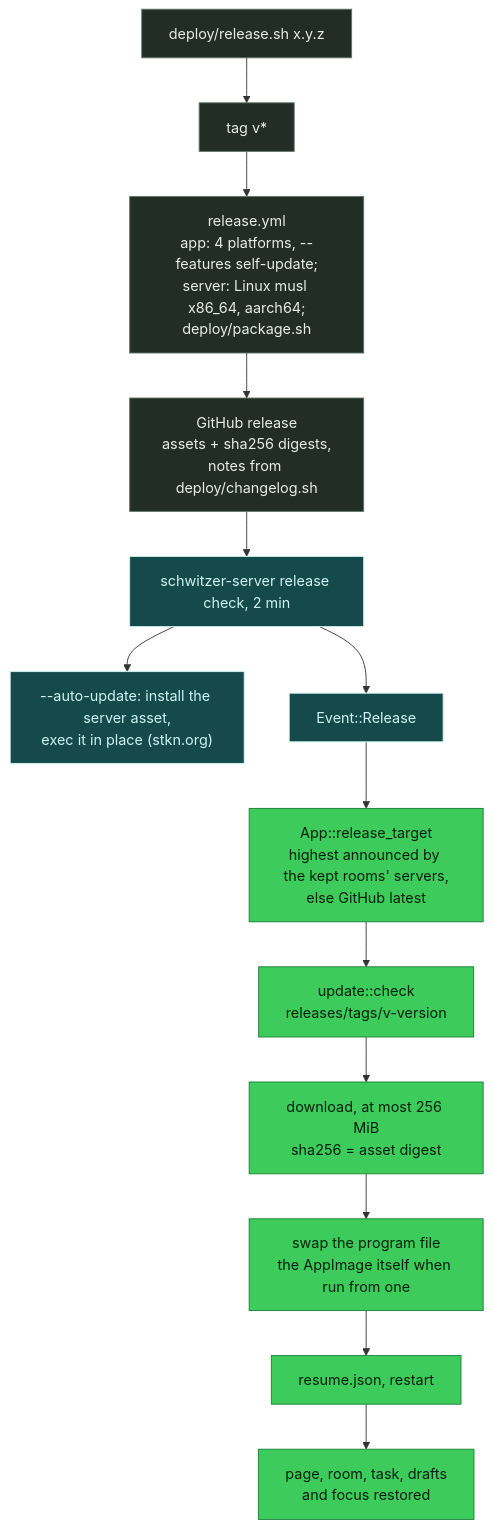
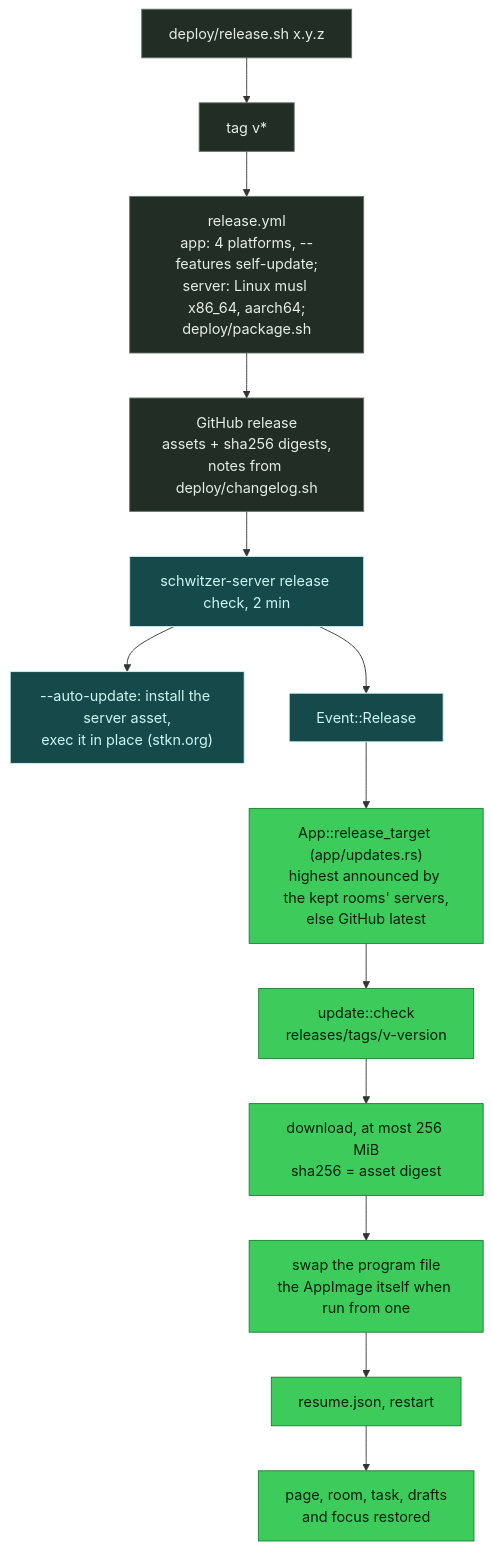
Before and after one commit to griasdi/schwitzer: the eighth of 8 diagrams in docs/ARCHITECTURE.md, drawn with Mermaid. The commit also changed other lines of this file and 4 other files, not shown here.

````diff
--- a/docs/ARCHITECTURE.md
+++ b/docs/ARCHITECTURE.md
@@ -498,18 +498,18 @@
 ```mermaid
 flowchart TB
   classDef app fill:#3dcb5c,stroke:#1a7f35,color:#03200b
   classDef server fill:#16494a,stroke:#cdf5f2,color:#cdf5f2
   classDef ext fill:#222d26,stroke:#627568,color:#e4eee6
   rel["deploy/release.sh x.y.z"]:::ext --> tag["tag v*"]:::ext
   tag --> yml["release.yml<br/>app: 4 platforms, --features self-update;<br/>server: Linux musl x86_64, aarch64;<br/>deploy/package.sh"]:::ext
   yml --> gh["GitHub release<br/>assets + sha256 digests,<br/>notes from deploy/changelog.sh"]:::ext
   gh --> check["schwitzer-server release check, 2 min"]:::server
   check --> self["--auto-update: install the server asset,<br/>exec it in place (stkn.org)"]:::server
   check --> ev["Event::Release"]:::server
-  ev --> target["App::release_target<br/>highest announced by the kept rooms' servers,<br/>else GitHub latest"]:::app
+  ev --> target["App::release_target (app/updates.rs)<br/>highest announced by the kept rooms' servers,<br/>else GitHub latest"]:::app
   target --> upd["update::check<br/>releases/tags/v-version"]:::app
   upd --> dl["download, at most 256 MiB<br/>sha256 = asset digest"]:::app
   dl --> swap["swap the program file<br/>the AppImage itself when run from one"]:::app
   swap --> resume["resume.json, restart"]:::app
   resume --> back["page, room, task, drafts<br/>and focus restored"]:::app
 ```
````
